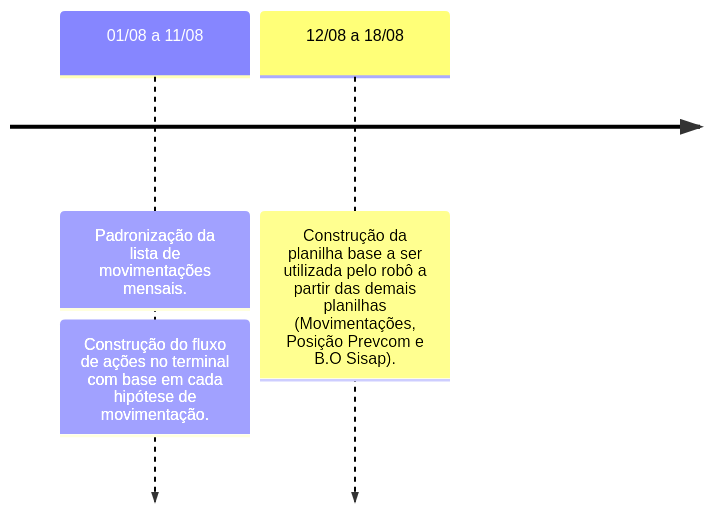
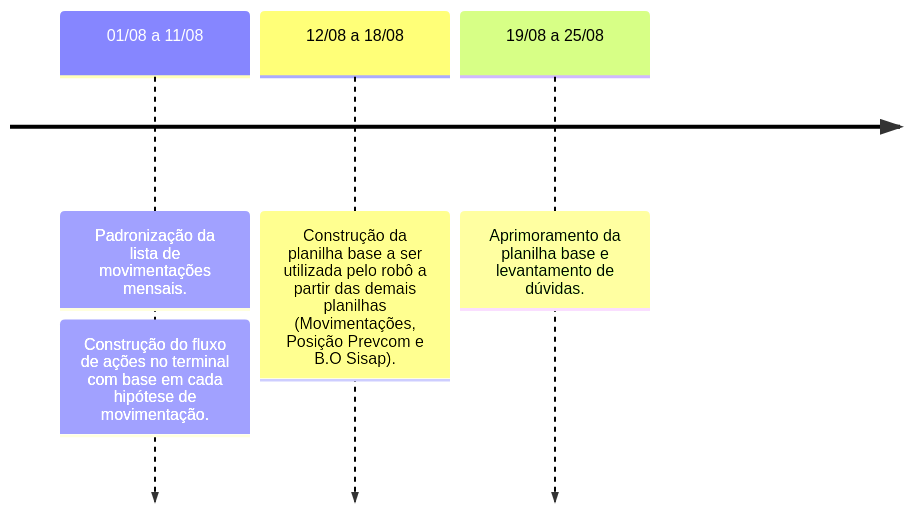
One commit to automatiza-mg/handbook changed the fourth of 4 diagrams in docs/linha_do_tempo/projeto_seplag_scap.md. Above: the diagram before and after it, drawn with Mermaid.

Commit message:
add semana 19_08 projeto_seplag_scap.md

````diff
--- a/docs/linha_do_tempo/projeto_seplag_scap.md
+++ b/docs/linha_do_tempo/projeto_seplag_scap.md
@@ -47,6 +47,7 @@
     ```mermaid
     timeline
         01/08 a 11/08 : Padronização da lista de movimentações mensais.
                       : Construção do fluxo de ações no terminal com base em cada hipótese de movimentação.
         12/08 a 18/08 : Construção da planilha base a ser utilizada pelo robô a partir das demais planilhas (Movimentações, Posição Prevcom e B.O Sisap).
+	19/08 a 25/08 : Aprimoramento da planilha base e levantamento de dúvidas.
     ```
````
